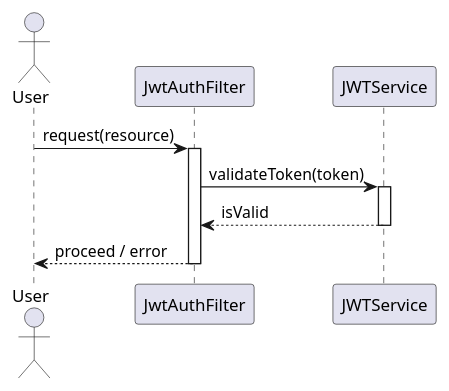
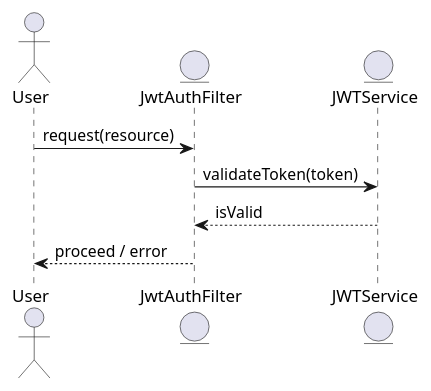
One commit to Dinesh-s95/AutoDoc.ai changed the third of 6 diagrams in identityprovider/documentation/detaileddesign.adoc. Above: the diagram before and after it, drawn with PlantUML. The commit also changed other lines of this file and 4 other files, not shown here.

```diff
--- a/identityprovider/documentation/detaileddesign.adoc
+++ b/identityprovider/documentation/detaileddesign.adoc
@@ -357,19 +335,13 @@
 [plantuml, jwt-token-validation-flow, png]
 ----
 @startuml
 actor User
-participant JwtAuthFilter
-participant JWTService
+entity JwtAuthFilter
+entity JWTService
 
 User -> JwtAuthFilter : request(resource)
-activate JwtAuthFilter
-
 JwtAuthFilter -> JWTService : validateToken(token)
-activate JWTService
 JWTService --> JwtAuthFilter : isValid
-deactivate JWTService
-
 JwtAuthFilter --> User : proceed / error
-deactivate JwtAuthFilter
 @enduml
 ----
```
